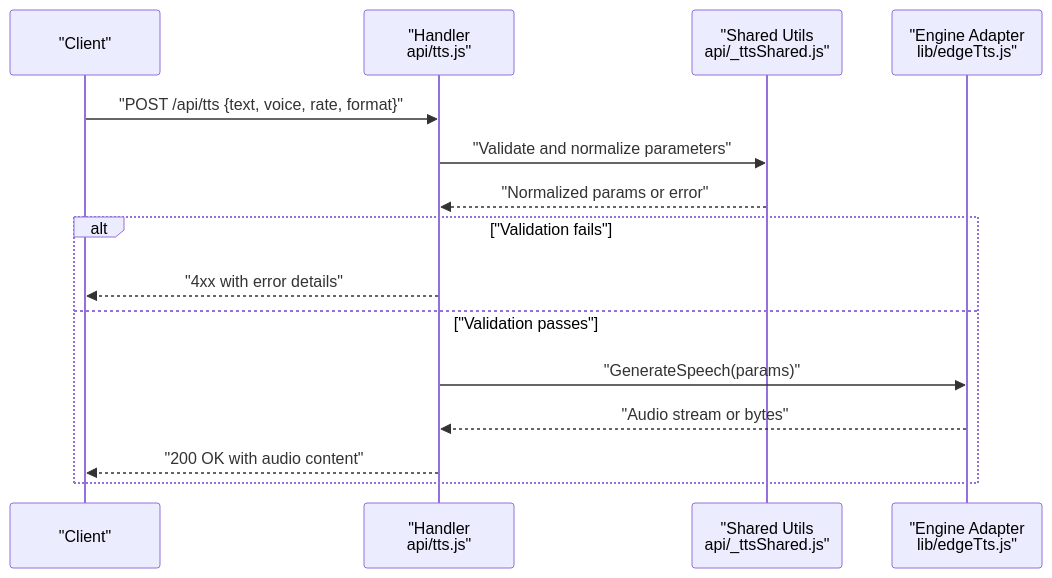
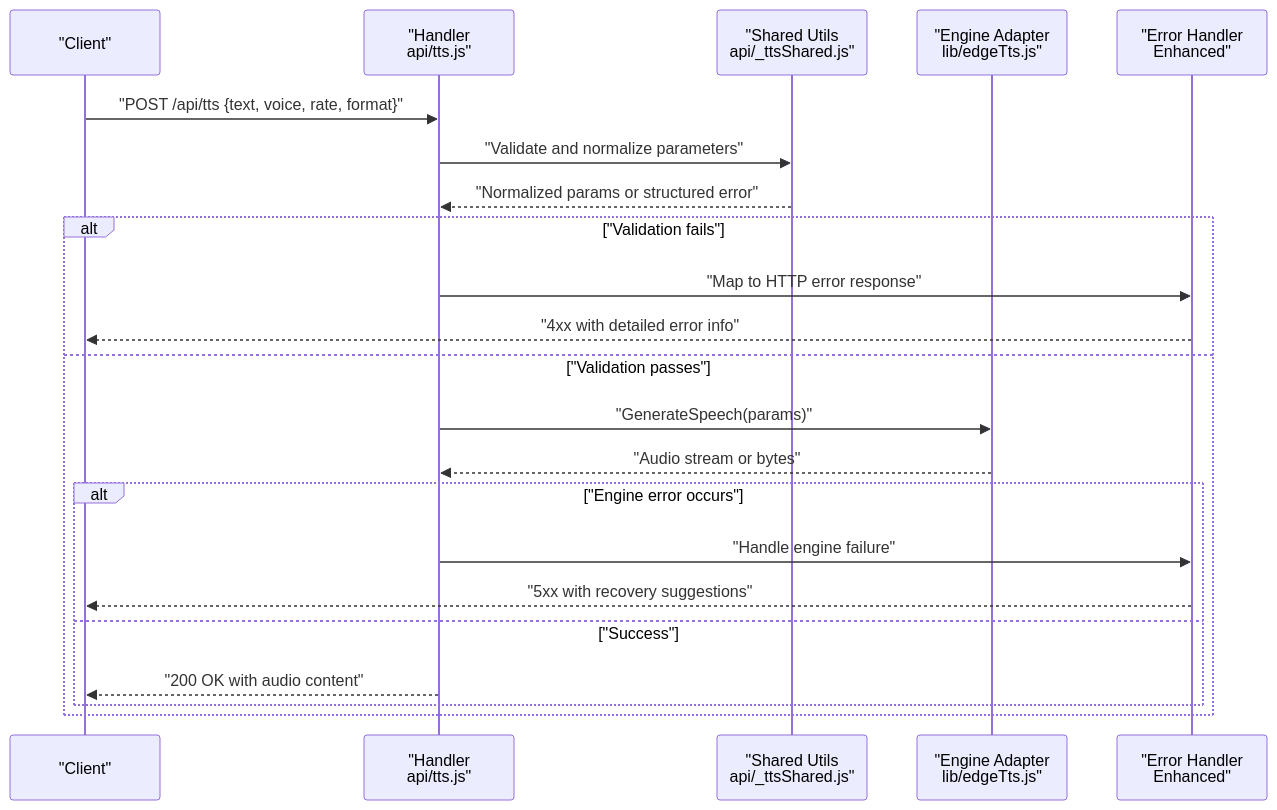
The second of 4 diagrams in .qoder/repowiki/en/content/API Reference/Text-to-Speech API.md (zmyeo54/briefroom), drawn with Mermaid before and after one commit. The commit also changed other lines of this file and 31 other files, not shown here.

````diff
--- a/.qoder/repowiki/en/content/API Reference/Text-to-Speech API.md
+++ b/.qoder/repowiki/en/content/API Reference/Text-to-Speech API.md
@@ -76,17 +87,24 @@
 ```mermaid
 sequenceDiagram
 participant C as "Client"
 participant H as "Handler<br/>api/tts.js"
 participant S as "Shared Utils<br/>api/_ttsShared.js"
 participant E as "Engine Adapter<br/>lib/edgeTts.js"
+participant EH as "Error Handler<br/>Enhanced"
 C->>H : "POST /api/tts {text, voice, rate, format}"
 H->>S : "Validate and normalize parameters"
-S-->>H : "Normalized params or error"
+S-->>H : "Normalized params or structured error"
 alt "Validation fails"
-H-->>C : "4xx with error details"
+H->>EH : "Map to HTTP error response"
+EH-->>C : "4xx with detailed error info"
 else "Validation passes"
 H->>E : "GenerateSpeech(params)"
 E-->>H : "Audio stream or bytes"
+alt "Engine error occurs"
+H->>EH : "Handle engine failure"
+EH-->>C : "5xx with recovery suggestions"
+else "Success"
 H-->>C : "200 OK with audio content"
 end
+end
 ```
````
